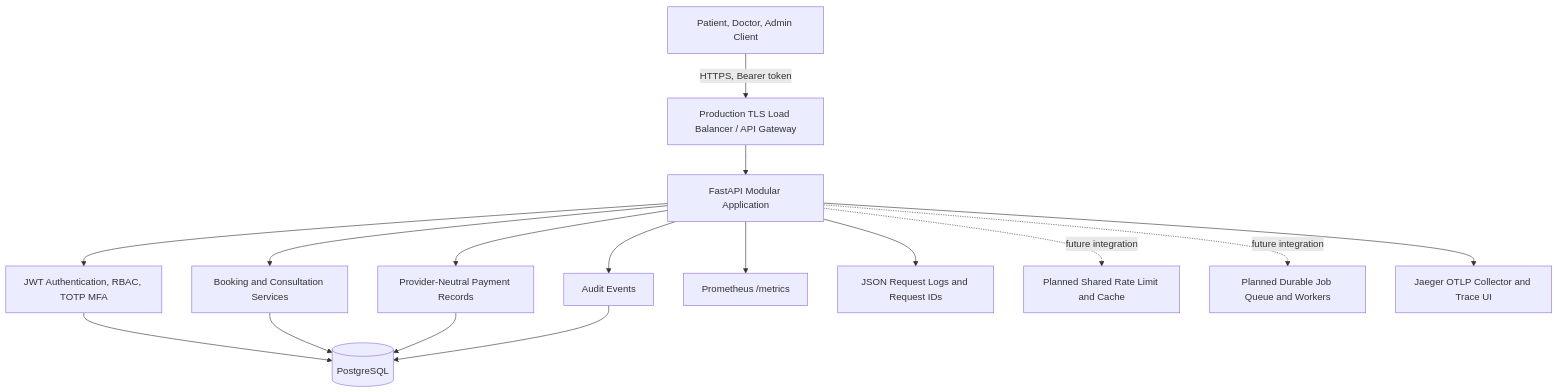
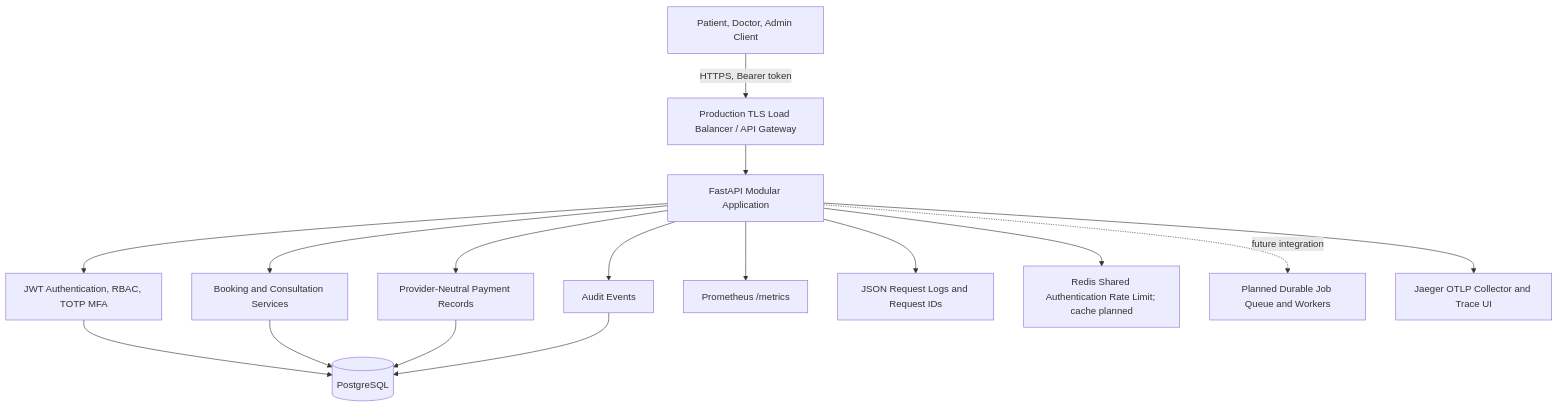
Before and after one commit to AMARESH020/amrutam-telemedicine-platform: the first of 4 diagrams in docs/ARCHITECTURE.md, drawn with Mermaid. The commit also changed other lines of this file and 9 other files, not shown here.

Commit message:
Add Redis-backed shared authentication rate limiting

````diff
--- a/docs/ARCHITECTURE.md
+++ b/docs/ARCHITECTURE.md
@@ -13,33 +13,33 @@
 ```mermaid
 flowchart TD
     C[Patient, Doctor, Admin Client]
     LB[Production TLS Load Balancer / API Gateway]
     API[FastAPI Modular Application]
     AUTH[JWT Authentication, RBAC, TOTP MFA]
     BOOK[Booking and Consultation Services]
     PAY[Provider-Neutral Payment Records]
     AUD[Audit Events]
     DB[(PostgreSQL)]
     MET[Prometheus /metrics]
     LOG[JSON Request Logs and Request IDs]
 
     C -->|HTTPS, Bearer token| LB
     LB --> API
     API --> AUTH
     API --> BOOK
     API --> PAY
     API --> AUD
     AUTH --> DB
     BOOK --> DB
     PAY --> DB
     AUD --> DB
     API --> MET
     API --> LOG
 
-    REDIS[Planned Shared Rate Limit and Cache]
+    REDIS["Redis Shared Authentication Rate Limit; cache planned"]
     QUEUE[Planned Durable Job Queue and Workers]
     TRACE[Jaeger OTLP Collector and Trace UI]
-    API -. future integration .-> REDIS
+    API --> REDIS
     API -. future integration .-> QUEUE
     API --> TRACE
 ```
````
